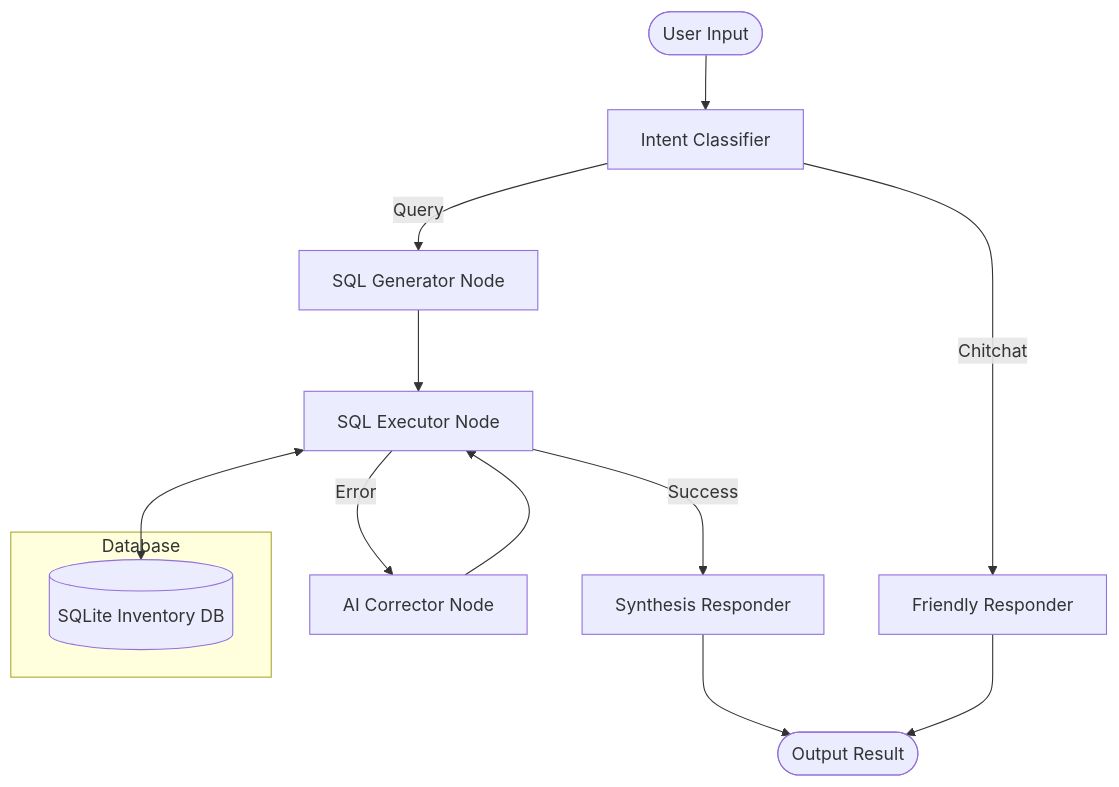
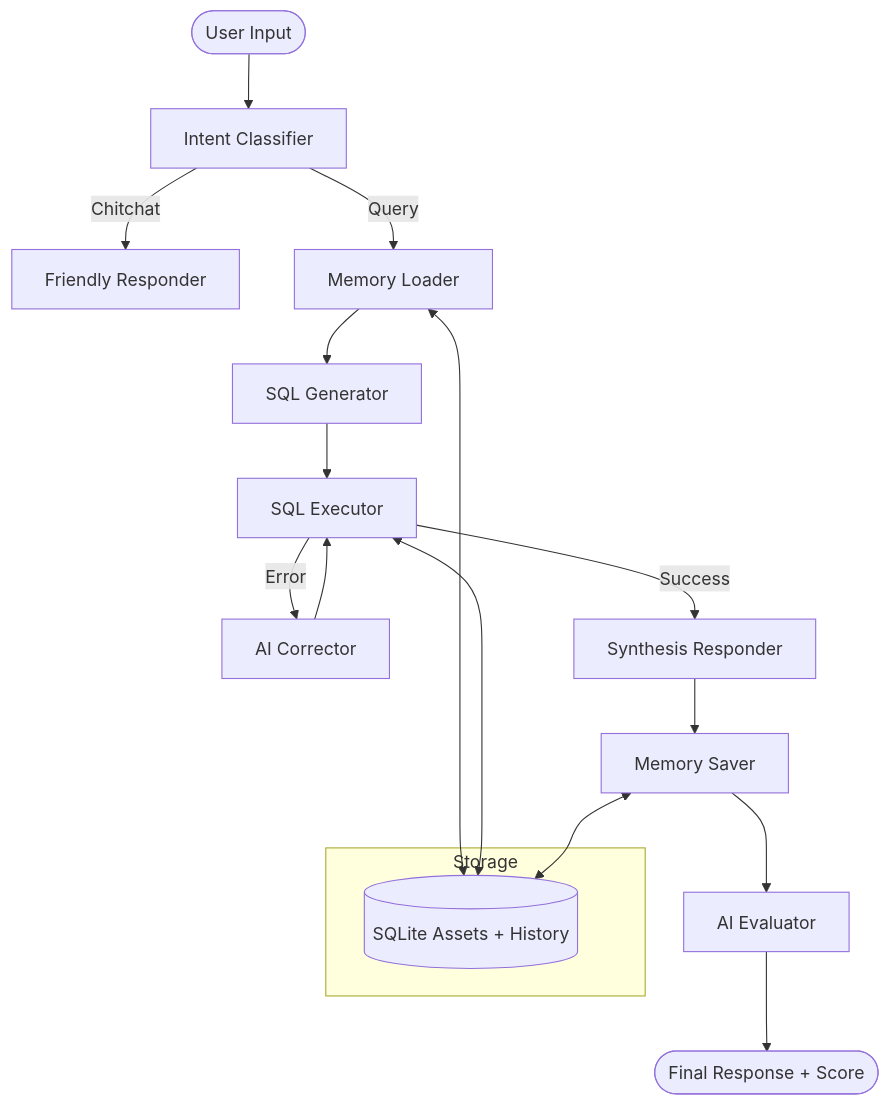
Before and after one commit to aminashaheen16/AI-Powered-Chatbots-Project: the first of 3 diagrams in architecture.md, drawn with Mermaid. The commit also changed other lines of this file and 8 other files, not shown here.

````diff
--- a/architecture.md
+++ b/architecture.md
@@ -6,20 +4,23 @@
 ```mermaid
 graph TD
     User([User Input]) --> Intent[Intent Classifier]
     Intent -- Chitchat --> Resp[Friendly Responder]
-    Intent -- Query --> Gen[SQL Generator Node]
+    Intent -- Query --> Mem[Memory Loader]
     
-    Gen --> Exec[SQL Executor Node]
-    Exec -- Success --> Synth[Synthesis Responder]
-    Exec -- Error --> Corr[AI Corrector Node]
-    
+    Mem --> Gen[SQL Generator]
+    Gen --> Exec[SQL Executor]
+    Exec -- Error --> Corr[AI Corrector]
     Corr --> Exec
     
-    Synth --> End([Output Result])
-    Resp --> End
+    Exec -- Success --> Synth[Synthesis Responder]
+    Synth --> Save[Memory Saver]
+    Save --> Eval[AI Evaluator]
+    Eval --> End([Final Response + Score])
     
-    subgraph Database
-        DB[(SQLite Inventory DB)]
+    subgraph Storage
+        DB[(SQLite Assets + History)]
     end
+    Mem <--> DB
     Exec <--> DB
+    Save <--> DB
 ```
````
